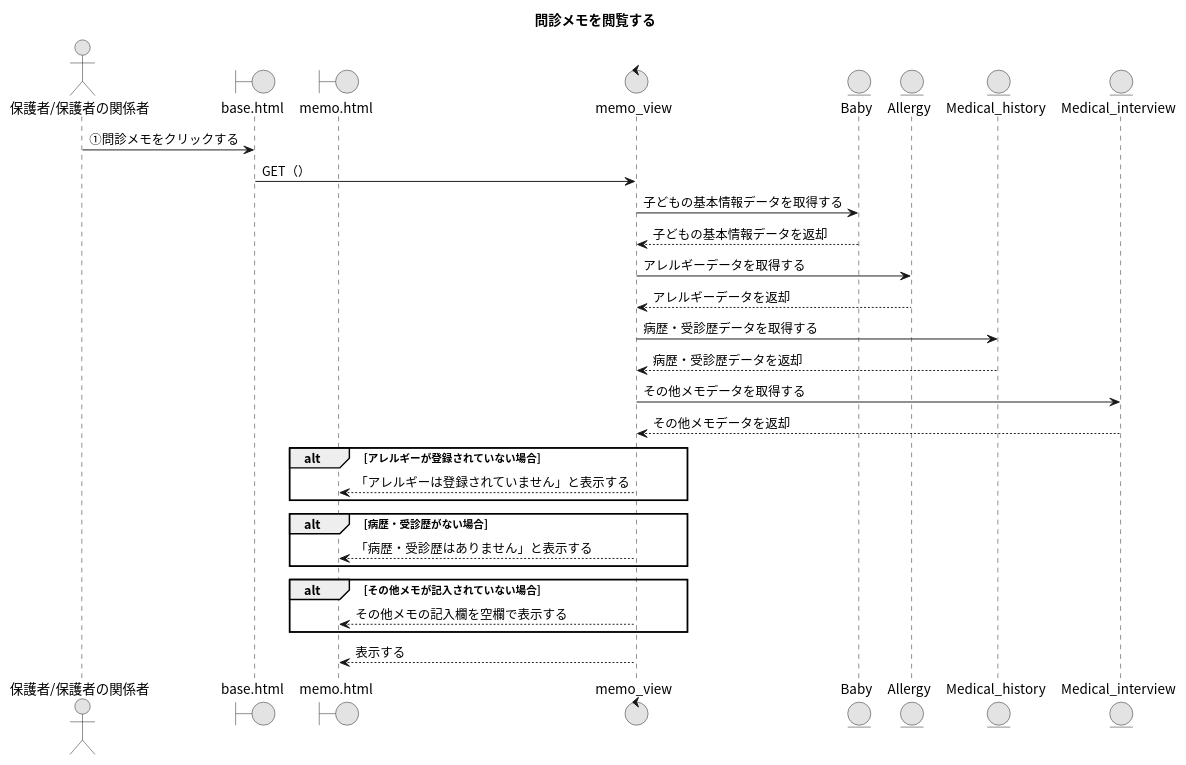
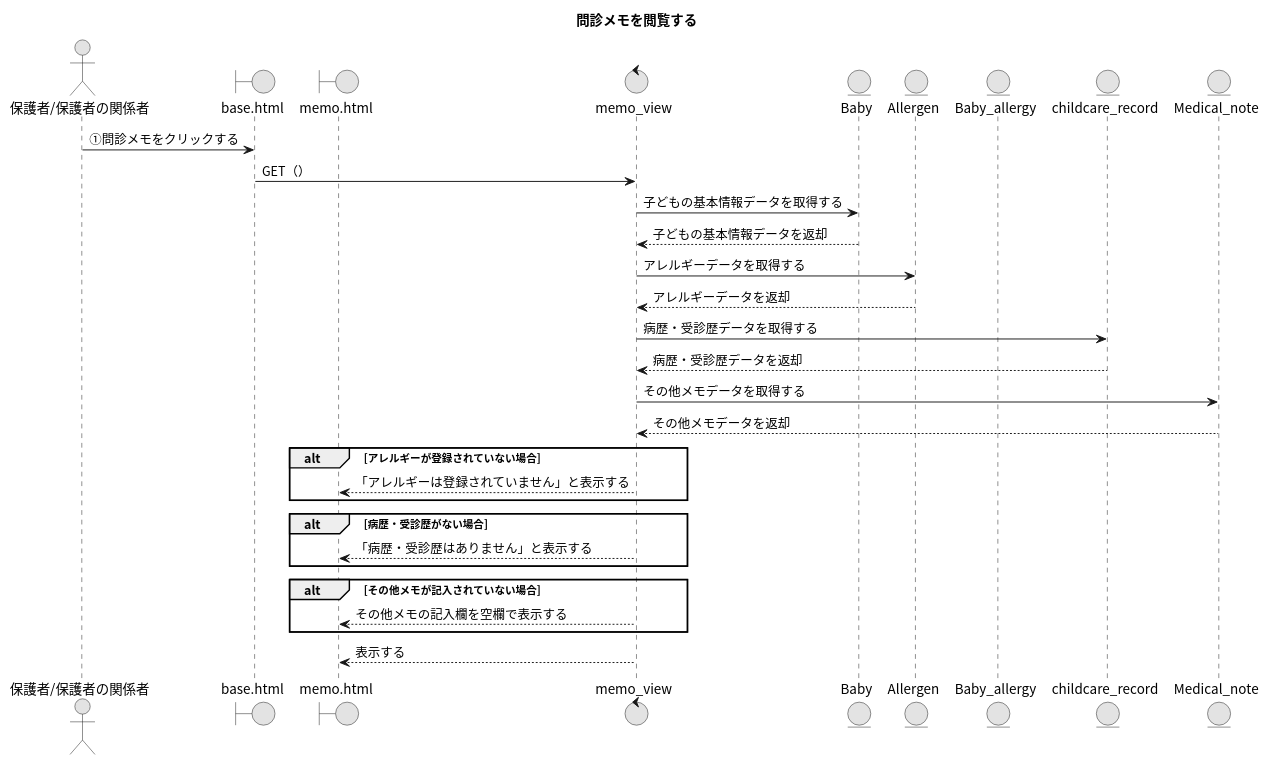
The diagram in 16_問診メモを閲覧する.puml (Ma2naga190330/26_sotugyou_puml), drawn with PlantUML before and after one commit. The commit also changed 2 other files, not shown here.

```diff
--- a/16_問診メモを閲覧する.puml
+++ b/16_問診メモを閲覧する.puml
@@ -1,35 +1,38 @@
 @startuml
 title 問診メモを閲覧する
 skinparam defaultFontName "Noto Sans CJK JP"
 skinparam monochrome true
 
 actor "保護者/保護者の関係者" as A
 boundary "base.html" as BP
 boundary "memo.html" as MP
 control "memo_view" as MV
 entity "Baby" as BM
-entity "Allergy" as AM
-entity "Medical_history" as MHM
-entity "Medical_interview" as MIM
+entity "Allergen" as AM
+entity "Baby_allergy" as BAM
+' 育児記録--病歴/受診歴
+entity "childcare_record" as CM
+' 問診メモ（備考）
+entity "Medical_note" as MNM
 
 A -> BP : ①問診メモをクリックする
 BP -> MV : GET（）
 MV -> BM : 子どもの基本情報データを取得する
 MV <-- BM : 子どもの基本情報データを返却
 MV -> AM : アレルギーデータを取得する
 MV <-- AM : アレルギーデータを返却
-MV -> MHM : 病歴・受診歴データを取得する
-MV <-- MHM : 病歴・受診歴データを返却
-MV -> MIM : その他メモデータを取得する
-MV <-- MIM : その他メモデータを返却
+MV -> CM : 病歴・受診歴データを取得する
+MV <-- CM : 病歴・受診歴データを返却
+MV -> MNM : その他メモデータを取得する
+MV <-- MNM : その他メモデータを返却
 alt アレルギーが登録されていない場合
   MV --> MP : 「アレルギーは登録されていません」と表示する
 end
 alt 病歴・受診歴がない場合
   MV --> MP : 「病歴・受診歴はありません」と表示する
 end
 alt その他メモが記入されていない場合
   MV --> MP : その他メモの記入欄を空欄で表示する
 end
 MV --> MP : 表示する
 @enduml
```
